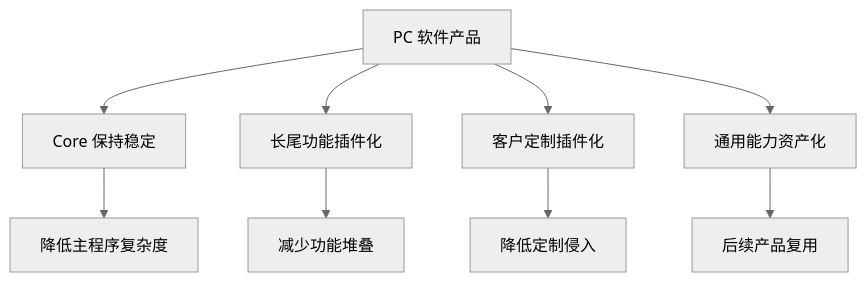
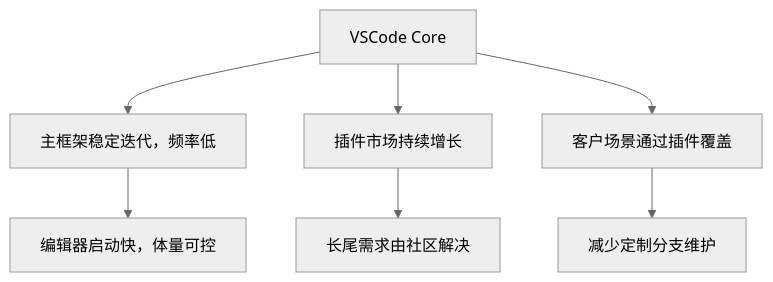
Before and after one commit to XiaoYang1127/dev-doc: the eighth of 8 diagrams in job/mod/pc-plugin-vscode.md, drawn with Mermaid (neutral theme). The commit also changed other lines of this file and 5 other files, not shown here.

````diff
--- a/job/mod/pc-plugin-vscode.md
+++ b/job/mod/pc-plugin-vscode.md
@@ -395,12 +364,10 @@
 ```mermaid
 flowchart TB
-    A[PC 软件产品] --> B[Core 保持稳定]
-    A --> C[长尾功能插件化]
-    A --> D[客户定制插件化]
-    A --> E[通用能力资产化]
+    Core[VSCode Core] --> Stable[主框架稳定迭代，频率低]
+    Core --> Market[插件市场持续增长]
+    Core --> Custom[客户场景通过插件覆盖]
 
-    B --> F[降低主程序复杂度]
-    C --> G[减少功能堆叠]
-    D --> H[降低定制侵入]
-    E --> I[后续产品复用]
+    Stable --> Light[编辑器启动快，体量可控]
+    Market --> Tail[长尾需求由社区解决]
+    Custom --> Less[减少定制分支维护]
 ```
````
